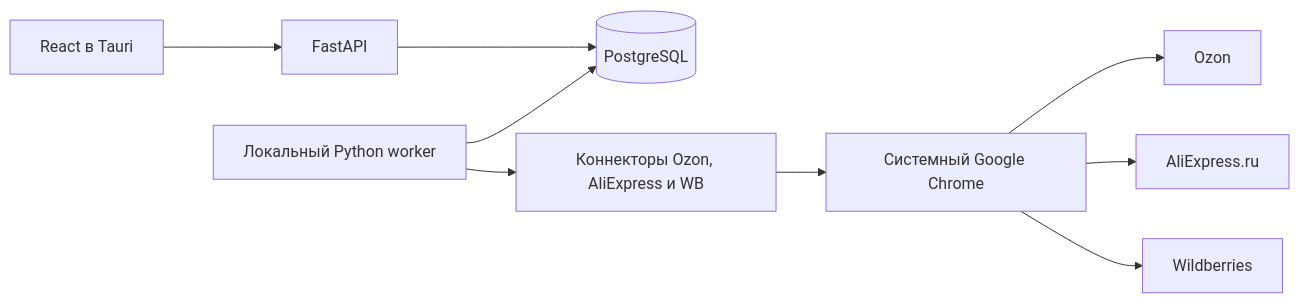
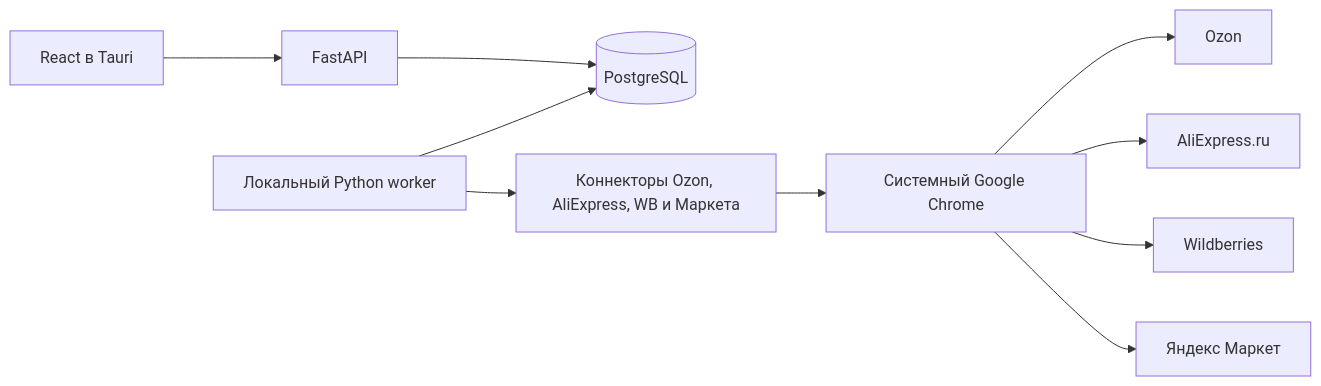
Before and after one commit to TheStorm13/price-watch: the diagram in docs/guide/ARCHITECTURE.md, drawn with Mermaid. The commit also changed other lines of this file and 44 other files, not shown here.

````diff
--- a/docs/guide/ARCHITECTURE.md
+++ b/docs/guide/ARCHITECTURE.md
@@ -28,11 +29,12 @@
 ```mermaid
 flowchart LR
     UI[React в Tauri] --> API[FastAPI]
     API --> DB[(PostgreSQL)]
     Worker[Локальный Python worker] --> DB
-    Worker --> Connector[Коннекторы Ozon, AliExpress и WB]
+    Worker --> Connector[Коннекторы Ozon, AliExpress, WB и Маркета]
     Connector --> Chrome[Системный Google Chrome]
     Chrome --> Ozon[Ozon]
     Chrome --> Ali[AliExpress.ru]
     Chrome --> WB[Wildberries]
+    Chrome --> YM[Яндекс Маркет]
 ```
````
